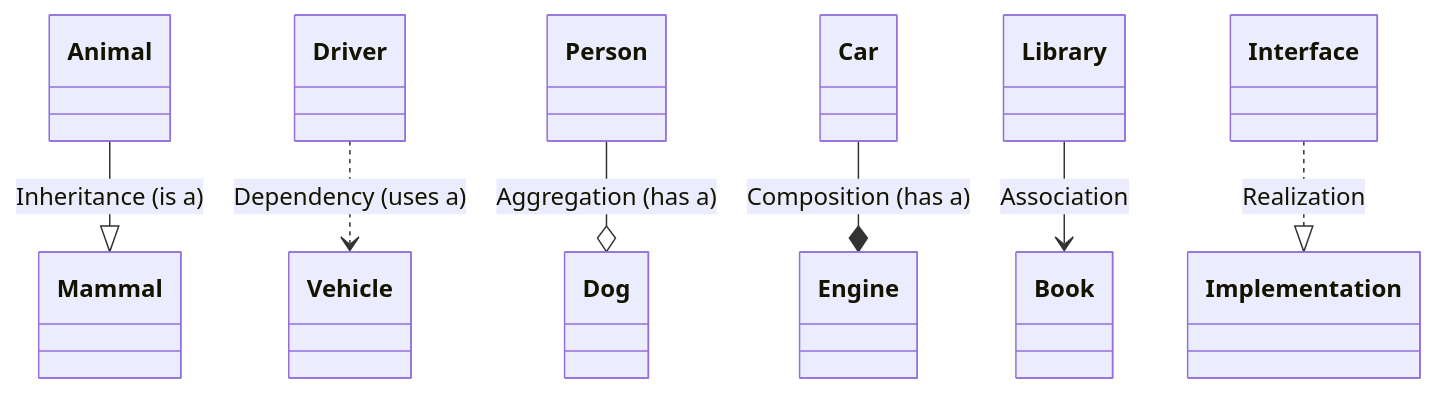
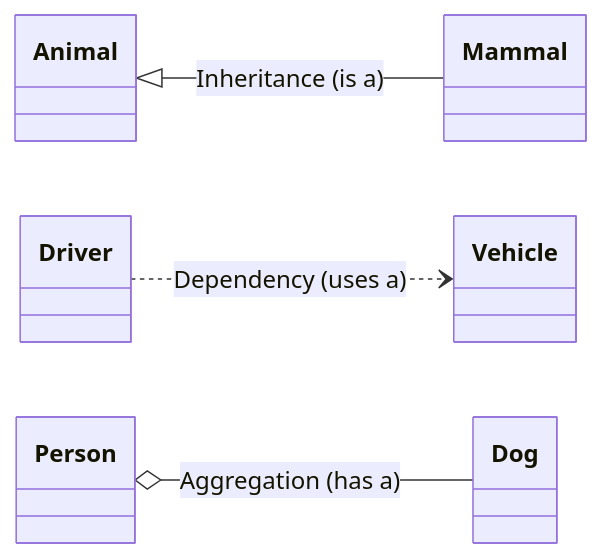
One commit to Davin1404/IB-Computer-Science changed the first of 2 diagrams in Option D - Object-Oriented Programming.md. Above: the diagram before and after it, drawn with Mermaid. The commit also changed other lines of this file, not shown here.

````diff
--- a/Option D - Object-Oriented Programming.md
+++ b/Option D - Object-Oriented Programming.md
@@ -5,9 +5,7 @@
 ```mermaid
 classDiagram
-Animal --|> Mammal : Inheritance (is a)
+direction LR
+Animal <|-- Mammal : Inheritance (is a)
 Driver ..> Vehicle : Dependency (uses a)
-Person --o Dog : Aggregation (has a)
-Car --* Engine : Composition (has a)
-Library --> Book : Association
-Interface ..|> Implementation : Realization
+Person o-- Dog : Aggregation (has a)
 ```
````
